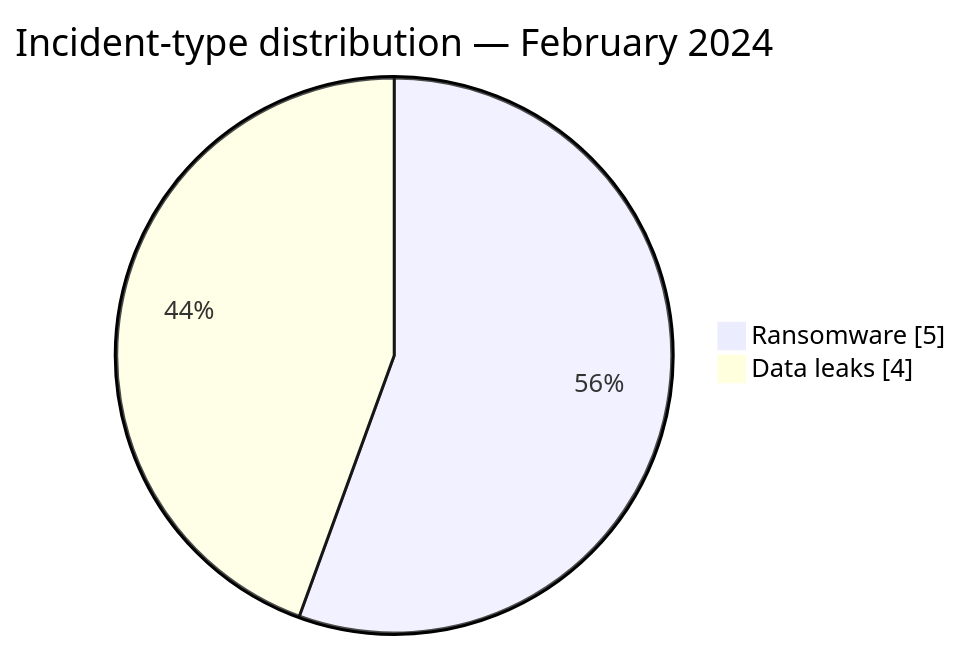
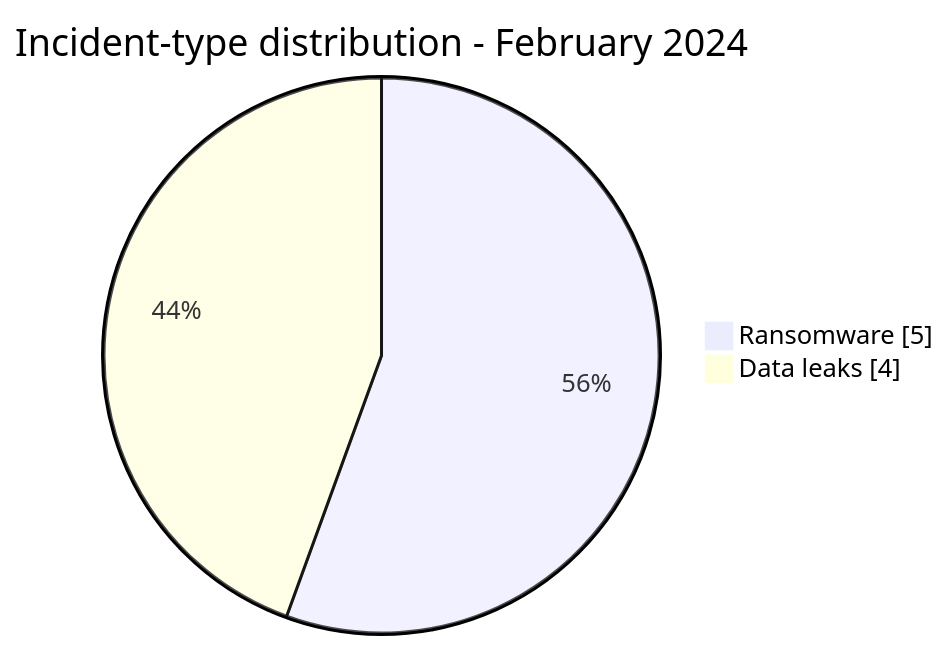
The second of 2 diagrams in CyberAttackAfrica/2024/02-february/README.md (Hatchepsoute/AFRINTEL), drawn with Mermaid before and after one commit. The commit also changed other lines of this file and 182 other files, not shown here.

````diff
--- a/CyberAttackAfrica/2024/02-february/README.md
+++ b/CyberAttackAfrica/2024/02-february/README.md
@@ -54,6 +54,6 @@
 ```mermaid
 pie showData
-    title Incident-type distribution — February 2024
+    title Incident-type distribution - February 2024
     "Ransomware" : 5
     "Data leaks" : 4
 ```
````
